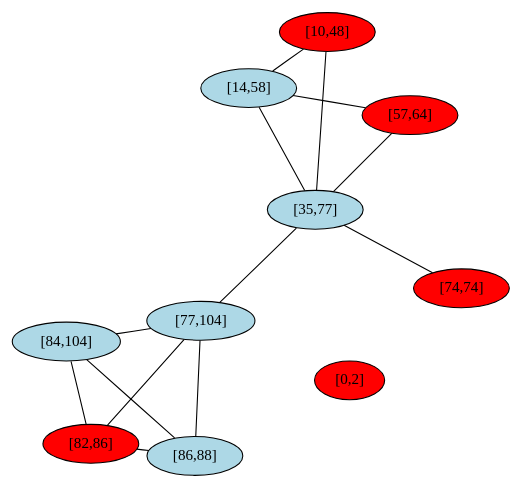
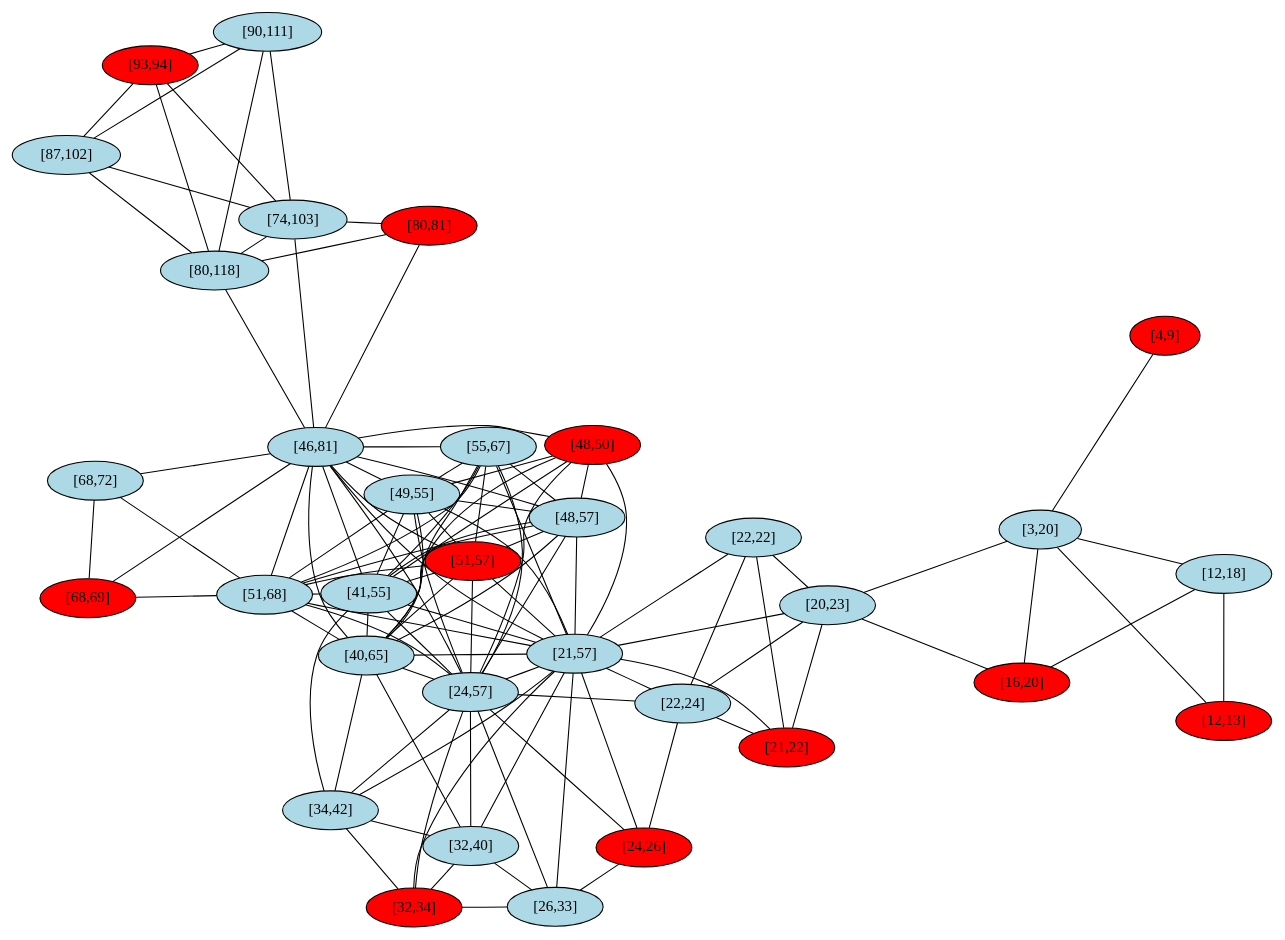
The diagram in intervallumgraf.dot (atotgerman/DUE_Fscharp), drawn with Graphviz before and after one commit. The commit also changed 2 other files, not shown here.

```diff
--- a/intervallumgraf.dot
+++ b/intervallumgraf.dot
@@ -1,28 +1,149 @@
 graph G {
   layout=neato;
   overlap=false;
   splines=true;
-  1 [label="[84,104]", style=filled, fillcolor=lightblue];
-  2 [label="[74,74]", style=filled, fillcolor=red];
-  3 [label="[57,64]", style=filled, fillcolor=red];
-  4 [label="[0,2]", style=filled, fillcolor=red];
-  5 [label="[14,58]", style=filled, fillcolor=lightblue];
-  6 [label="[10,48]", style=filled, fillcolor=red];
-  7 [label="[35,77]", style=filled, fillcolor=lightblue];
-  8 [label="[82,86]", style=filled, fillcolor=red];
-  9 [label="[86,88]", style=filled, fillcolor=lightblue];
-  10 [label="[77,104]", style=filled, fillcolor=lightblue];
+  1 [label="[74,103]", style=filled, fillcolor=lightblue];
+  2 [label="[22,24]", style=filled, fillcolor=lightblue];
+  3 [label="[32,34]", style=filled, fillcolor=red];
+  4 [label="[51,68]", style=filled, fillcolor=lightblue];
+  5 [label="[20,23]", style=filled, fillcolor=lightblue];
+  6 [label="[90,111]", style=filled, fillcolor=lightblue];
+  7 [label="[21,22]", style=filled, fillcolor=red];
+  8 [label="[80,118]", style=filled, fillcolor=lightblue];
+  9 [label="[68,69]", style=filled, fillcolor=red];
+  10 [label="[16,20]", style=filled, fillcolor=red];
+  11 [label="[26,33]", style=filled, fillcolor=lightblue];
+  12 [label="[22,22]", style=filled, fillcolor=lightblue];
+  13 [label="[41,55]", style=filled, fillcolor=lightblue];
+  14 [label="[48,57]", style=filled, fillcolor=lightblue];
+  15 [label="[4,9]", style=filled, fillcolor=red];
+  16 [label="[40,65]", style=filled, fillcolor=lightblue];
+  17 [label="[3,20]", style=filled, fillcolor=lightblue];
+  18 [label="[55,67]", style=filled, fillcolor=lightblue];
+  19 [label="[49,55]", style=filled, fillcolor=lightblue];
+  20 [label="[34,42]", style=filled, fillcolor=lightblue];
+  21 [label="[93,94]", style=filled, fillcolor=red];
+  22 [label="[87,102]", style=filled, fillcolor=lightblue];
+  23 [label="[21,57]", style=filled, fillcolor=lightblue];
+  24 [label="[48,50]", style=filled, fillcolor=red];
+  25 [label="[80,81]", style=filled, fillcolor=red];
+  26 [label="[12,13]", style=filled, fillcolor=red];
+  27 [label="[46,81]", style=filled, fillcolor=lightblue];
+  28 [label="[24,57]", style=filled, fillcolor=lightblue];
+  29 [label="[24,26]", style=filled, fillcolor=red];
+  30 [label="[51,57]", style=filled, fillcolor=red];
+  31 [label="[12,18]", style=filled, fillcolor=lightblue];
+  32 [label="[32,40]", style=filled, fillcolor=lightblue];
+  33 [label="[68,72]", style=filled, fillcolor=lightblue];
+  1 -- 6;
   1 -- 8;
-  1 -- 9;
-  1 -- 10;
+  1 -- 21;
+  1 -- 22;
+  1 -- 25;
+  1 -- 27;
+  2 -- 5;
   2 -- 7;
-  3 -- 5;
-  3 -- 7;
-  5 -- 6;
+  2 -- 12;
+  2 -- 23;
+  2 -- 28;
+  2 -- 29;
+  3 -- 11;
+  3 -- 20;
+  3 -- 23;
+  3 -- 28;
+  3 -- 32;
+  4 -- 9;
+  4 -- 13;
+  4 -- 14;
+  4 -- 16;
+  4 -- 18;
+  4 -- 19;
+  4 -- 23;
+  4 -- 27;
+  4 -- 28;
+  4 -- 30;
+  4 -- 33;
   5 -- 7;
-  6 -- 7;
-  7 -- 10;
-  8 -- 9;
-  8 -- 10;
-  9 -- 10;
+  5 -- 10;
+  5 -- 12;
+  5 -- 17;
+  5 -- 23;
+  6 -- 8;
+  6 -- 21;
+  6 -- 22;
+  7 -- 12;
+  7 -- 23;
+  8 -- 21;
+  8 -- 22;
+  8 -- 25;
+  8 -- 27;
+  9 -- 27;
+  9 -- 33;
+  10 -- 17;
+  10 -- 31;
+  11 -- 23;
+  11 -- 28;
+  11 -- 29;
+  11 -- 32;
+  12 -- 23;
+  13 -- 14;
+  13 -- 16;
+  13 -- 18;
+  13 -- 19;
+  13 -- 20;
+  13 -- 23;
+  13 -- 24;
+  13 -- 27;
+  13 -- 28;
+  13 -- 30;
+  14 -- 16;
+  14 -- 18;
+  14 -- 19;
+  14 -- 23;
+  14 -- 24;
+  14 -- 27;
+  14 -- 28;
+  14 -- 30;
+  15 -- 17;
+  16 -- 18;
+  16 -- 19;
+  16 -- 20;
+  16 -- 23;
+  16 -- 24;
+  16 -- 27;
+  16 -- 28;
+  16 -- 30;
+  16 -- 32;
+  17 -- 26;
+  17 -- 31;
+  18 -- 19;
+  18 -- 23;
+  18 -- 27;
+  18 -- 28;
+  18 -- 30;
+  19 -- 23;
+  19 -- 24;
+  19 -- 27;
+  19 -- 28;
+  19 -- 30;
+  20 -- 23;
+  20 -- 28;
+  20 -- 32;
+  21 -- 22;
+  23 -- 24;
+  23 -- 27;
+  23 -- 28;
+  23 -- 29;
+  23 -- 30;
+  23 -- 32;
+  24 -- 27;
+  24 -- 28;
+  25 -- 27;
+  26 -- 31;
+  27 -- 28;
+  27 -- 30;
+  27 -- 33;
+  28 -- 29;
+  28 -- 30;
+  28 -- 32;
 }
```
